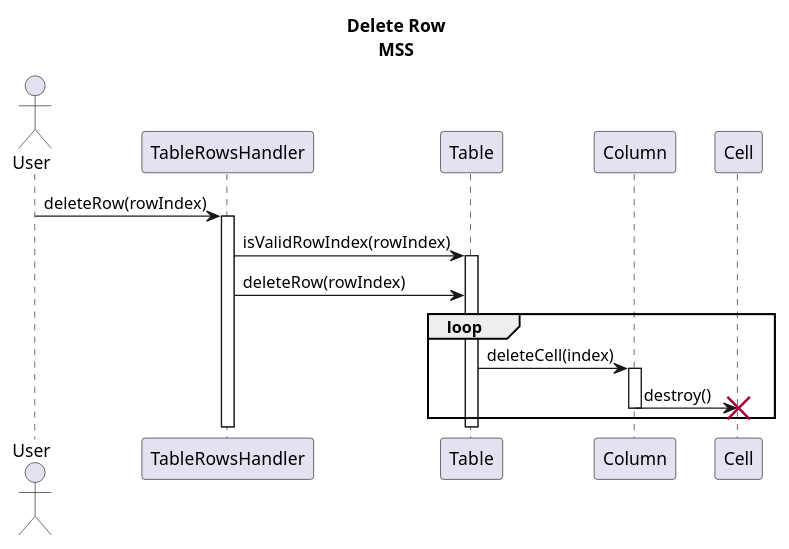
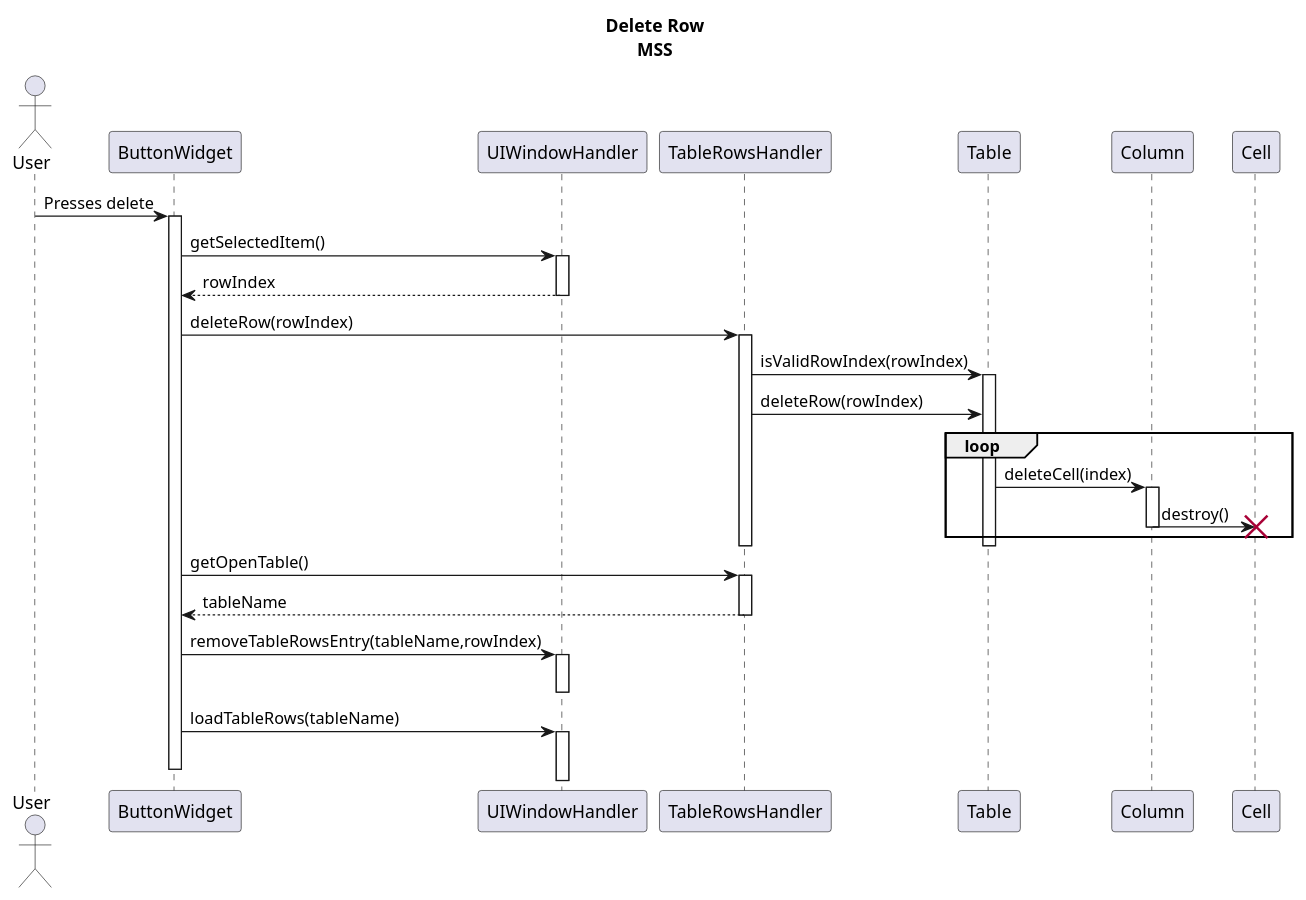
One commit to Bhamoss/softwareOntwerpProject changed the diagram in diagrams/interactionDiagrams/deleteRow.puml. Above: the diagram before and after it, drawn with PlantUML. The commit also changed 12 other files, not shown here.

Commit message:
diagrams

```diff
--- a/diagrams/interactionDiagrams/deleteRow.puml
+++ b/diagrams/interactionDiagrams/deleteRow.puml
@@ -1,22 +1,37 @@
 @startuml
 title Delete Row\nMSS
 Actor User
-
-User -> TableRowsHandler: deleteRow(rowIndex)
+User->ButtonWidget: Presses delete
+activate ButtonWidget
+ButtonWidget ->UIWindowHandler: getSelectedItem()
+activate UIWindowHandler
+ButtonWidget <-- UIWindowHandler: rowIndex
+deactivate
+ButtonWidget -> TableRowsHandler: deleteRow(rowIndex)
 activate TableRowsHandler
 
 TableRowsHandler -> Table: isValidRowIndex(rowIndex)
 activate Table
 TableRowsHandler -> Table: deleteRow(rowIndex)
 
 loop
     Table -> Column: deleteCell(index)
     activate Column
     Column -> Cell: destroy()
     deactivate Column
     destroy Cell
 end
 deactivate Table
+deactivate TableRowsHandler
+ButtonWidget -> TableRowsHandler: getOpenTable()
+activate TableRowsHandler
+ButtonWidget <-- TableRowsHandler: tableName
+deactivate
+ButtonWidget -> UIWindowHandler: removeTableRowsEntry(tableName,rowIndex)
+activate UIWindowHandler
+deactivate
+ButtonWidget -> UIWindowHandler: loadTableRows(tableName)
 
-deactivate TableRowsHandler
+activate UIWindowHandler
+deactivate ButtonWidget
 @enduml
```
